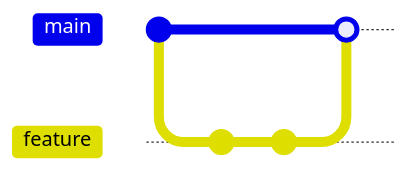
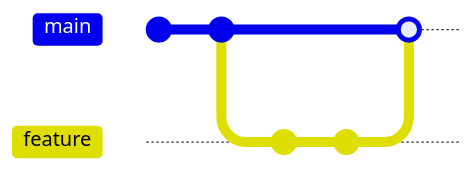
One commit to quattervals/ebc_instructions changed the seventh of 9 diagrams in README.md. Above: the diagram before and after it, drawn with Mermaid. The commit also changed other lines of this file and 2 other files, not shown here. Commit ids are hidden.

````diff
--- a/README.md
+++ b/README.md
@@ -332,9 +345,10 @@
 ```mermaid
 gitGraph
+  commit
   commit id: "Principle 3,4,5"
   branch feature
   commit id: "HA-Agile Values 1,2"
   commit id: "Agile Values 1,2"
   checkout main
   merge feature
 ```
````
